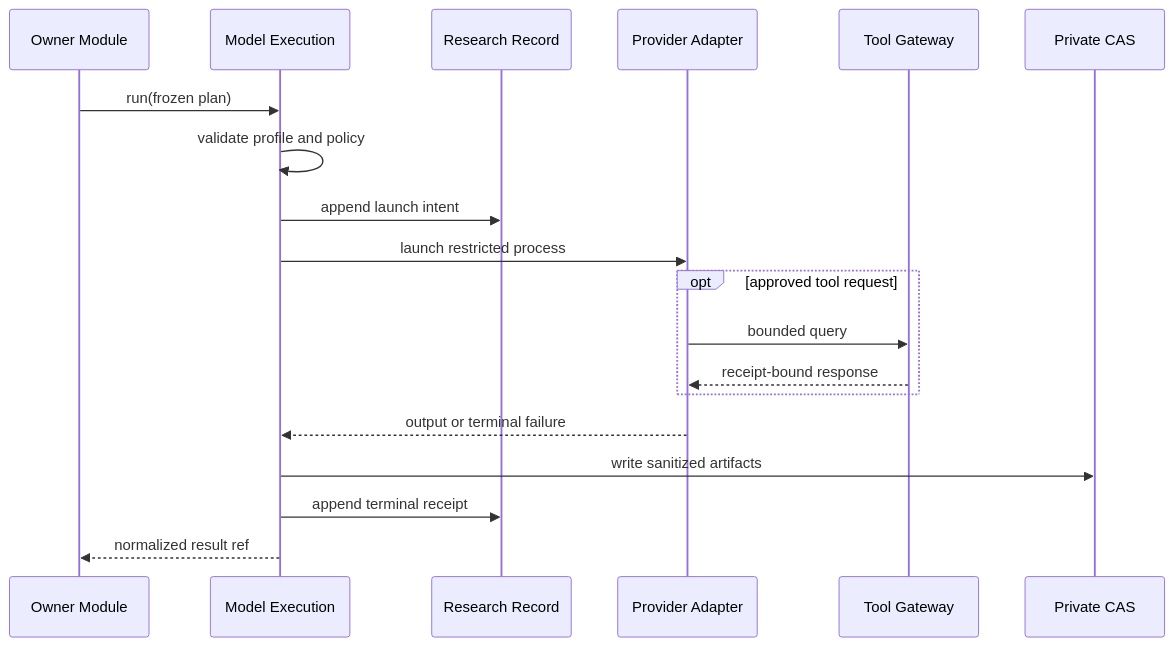
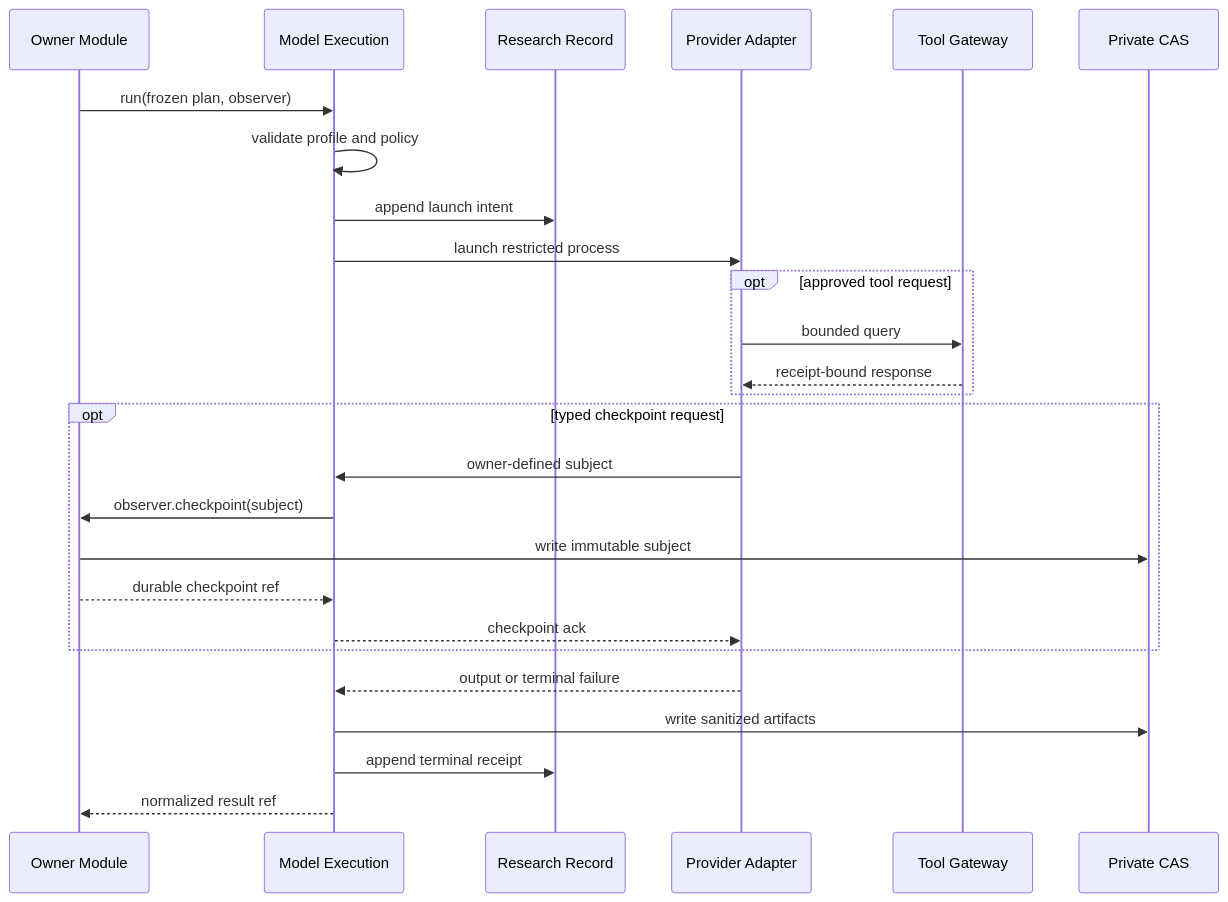
The second of 5 diagrams in docs/design/model-execution-seam.md (momoponwork1415-lgtm/wordpress-harness), drawn with Mermaid before and after one commit. The commit also changed other lines of this file and 100 other files, not shown here.

````diff
--- a/docs/design/model-execution-seam.md
+++ b/docs/design/model-execution-seam.md
@@ -39,22 +47,29 @@
 ```mermaid
 sequenceDiagram
     participant OM as Owner Module
     participant ME as Model Execution
     participant RR as Research Record
     participant PA as Provider Adapter
     participant TG as Tool Gateway
     participant CAS as Private CAS
 
-    OM->>ME: run(frozen plan)
+    OM->>ME: run(frozen plan, observer)
     ME->>ME: validate profile and policy
     ME->>RR: append launch intent
     ME->>PA: launch restricted process
     opt approved tool request
         PA->>TG: bounded query
         TG-->>PA: receipt-bound response
     end
+    opt typed checkpoint request
+        PA->>ME: owner-defined subject
+        ME->>OM: observer.checkpoint(subject)
+        OM->>CAS: write immutable subject
+        OM-->>ME: durable checkpoint ref
+        ME-->>PA: checkpoint ack
+    end
     PA-->>ME: output or terminal failure
     ME->>CAS: write sanitized artifacts
     ME->>RR: append terminal receipt
     ME-->>OM: normalized result ref
 ```
````
